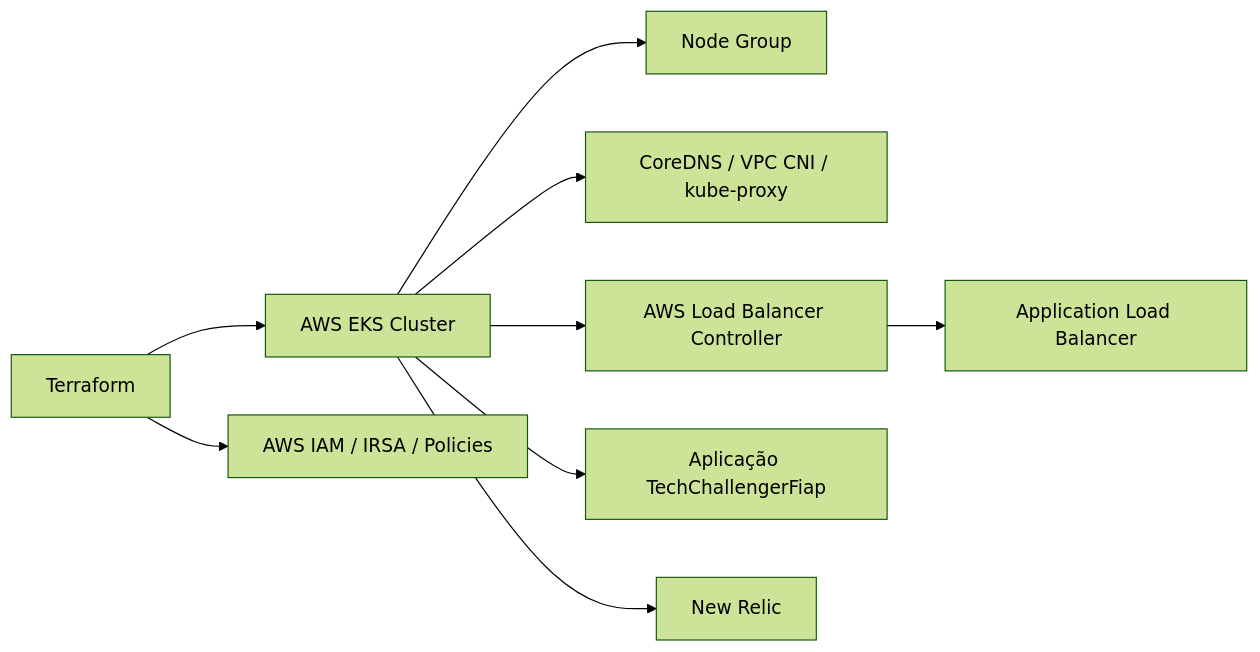
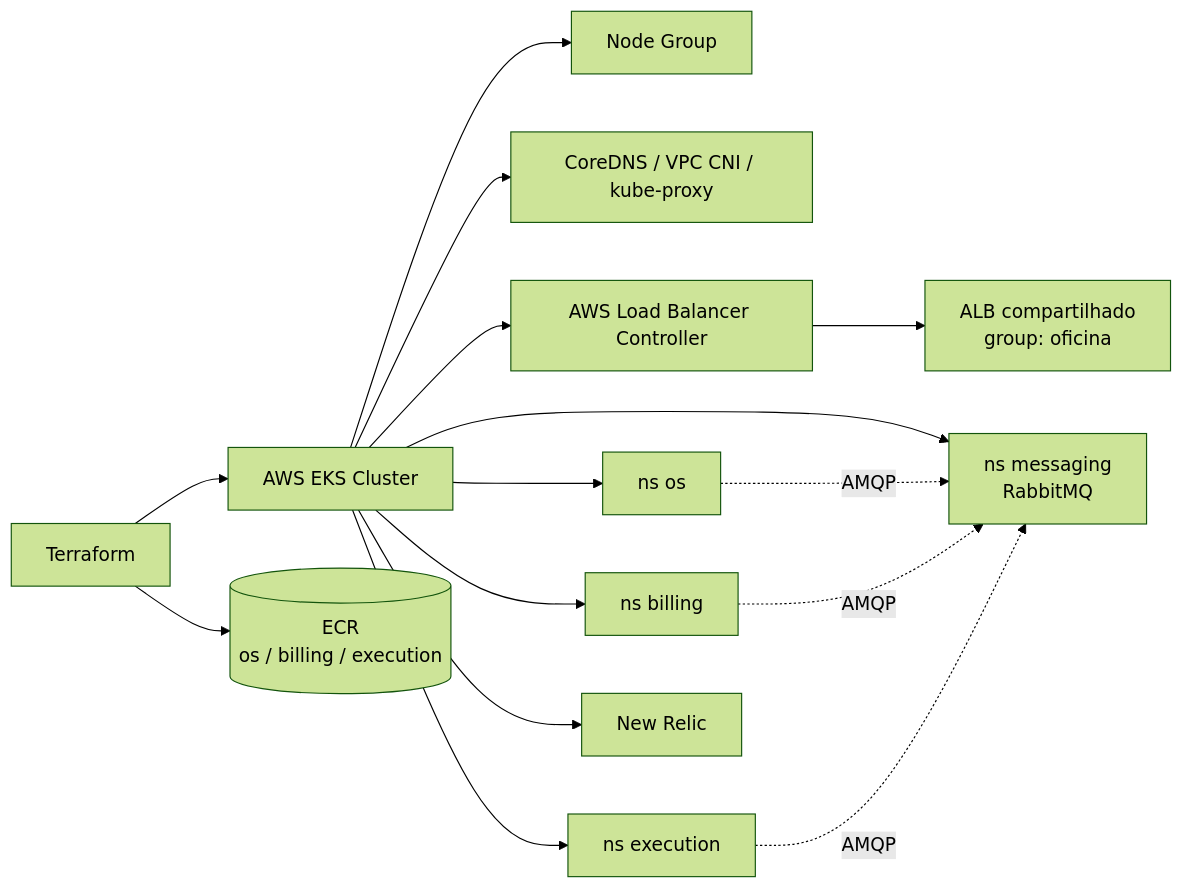
One commit to BrunoAmathias/TechChallengerFiap-K8s changed the diagram in README.md. Above: the diagram before and after it, drawn with Mermaid (forest theme). The commit also changed other lines of this file and 13 other files, not shown here.

First line of the commit message:
Feat: infraestrutura compartilhada da fase 4 (RabbitMQ, ECR e namespaces)

````diff
--- a/README.md
+++ b/README.md
@@ -21,11 +20,17 @@
 ```mermaid
 flowchart LR
     TF[Terraform] --> EKS[AWS EKS Cluster]
+    TF --> ECR[(ECR<br/>os / billing / execution)]
     EKS --> NODES[Node Group]
     EKS --> ADDONS[CoreDNS / VPC CNI / kube-proxy]
     EKS --> LBC[AWS Load Balancer Controller]
-    LBC --> ALB[Application Load Balancer]
-    EKS --> APP[Aplicação TechChallengerFiap]
-    TF --> IAM[AWS IAM / IRSA / Policies]
+    LBC --> ALB[ALB compartilhado<br/>group: oficina]
+    EKS --> NS_OS[ns os]
+    EKS --> NS_BI[ns billing]
+    EKS --> NS_EX[ns execution]
+    EKS --> MQ[ns messaging<br/>RabbitMQ]
+    NS_OS -.AMQP.-> MQ
+    NS_BI -.AMQP.-> MQ
+    NS_EX -.AMQP.-> MQ
     EKS --> NR[New Relic]
 ```
````
